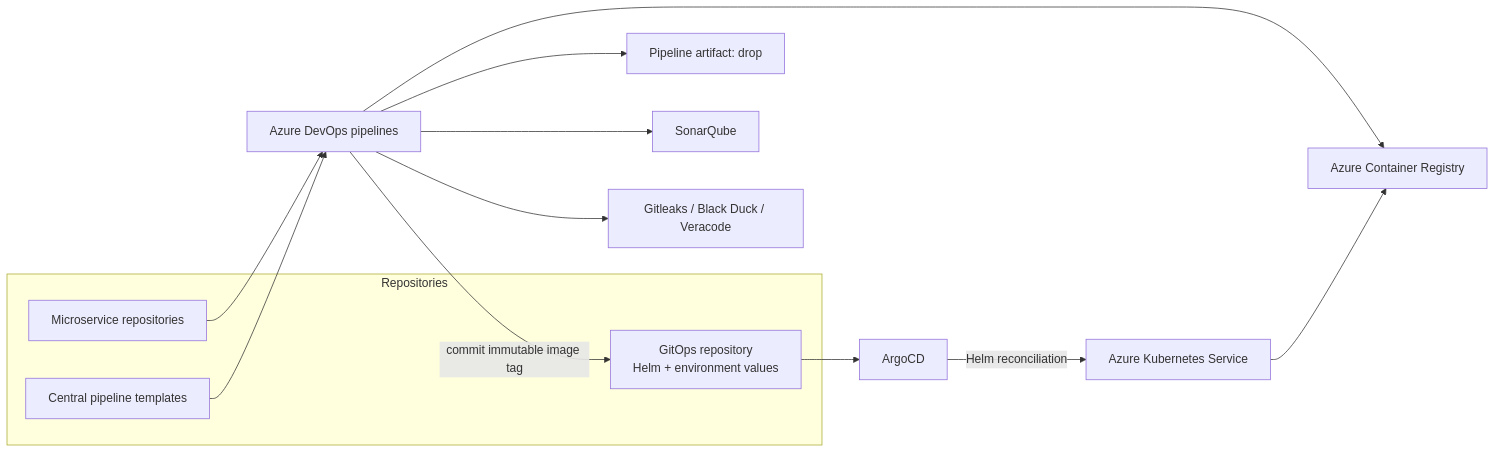
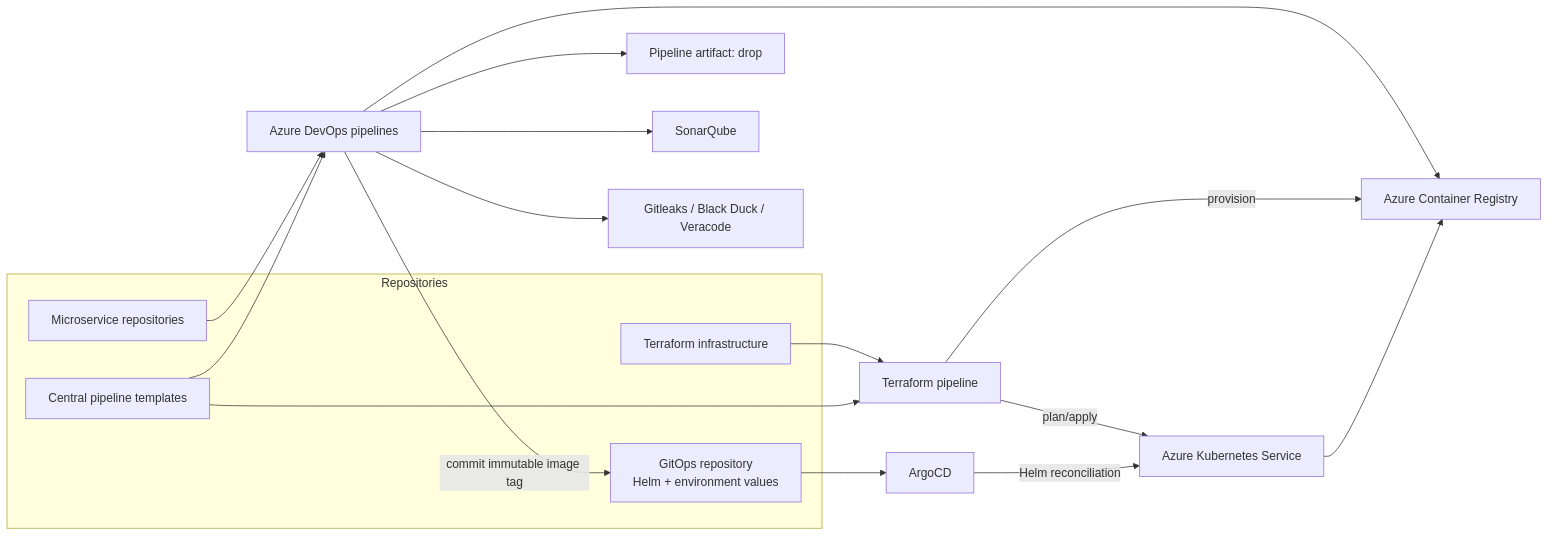
One commit to dagartijender/Git_hub changed the diagram in README.md. Above: the diagram before and after it, drawn with Mermaid. The commit also changed other lines of this file and 18 other files, not shown here.

Commit message:
Add Terraform infrastructure pipeline

````diff
--- a/README.md
+++ b/README.md
@@ -14,19 +14,24 @@
 ```mermaid
 flowchart LR
     subgraph Repositories
         Services["Microservice repositories"]
         Templates["Central pipeline templates"]
+        Infra["Terraform infrastructure"]
         GitOps["GitOps repository<br/>Helm + environment values"]
     end
 
     Services --> Pipelines["Azure DevOps pipelines"]
     Templates --> Pipelines
     Pipelines --> Artifact["Pipeline artifact: drop"]
     Pipelines --> Quality["SonarQube"]
     Pipelines --> Security["Gitleaks / Black Duck / Veracode"]
     Pipelines --> ACR["Azure Container Registry"]
     Pipelines -->|"commit immutable image tag"| GitOps
+    Infra --> InfraPipeline["Terraform pipeline"]
+    Templates --> InfraPipeline
+    InfraPipeline -->|"plan/apply"| AKS
+    InfraPipeline -->|"provision"| ACR
     GitOps --> ArgoCD["ArgoCD"]
     ArgoCD -->|"Helm reconciliation"| AKS["Azure Kubernetes Service"]
     AKS --> ACR
 ```
````
